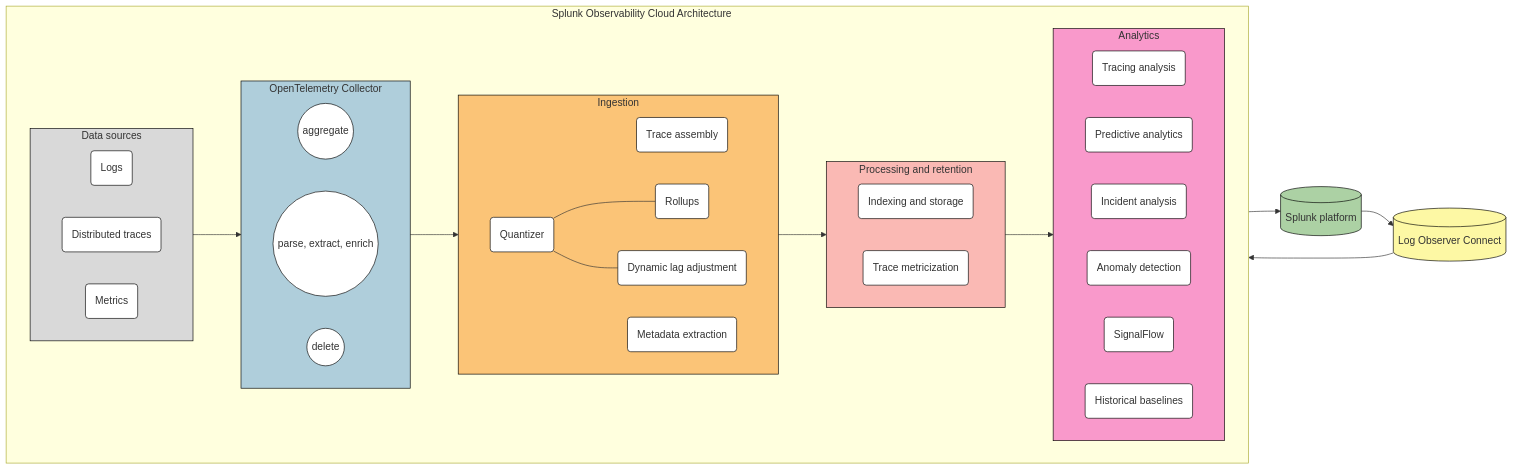
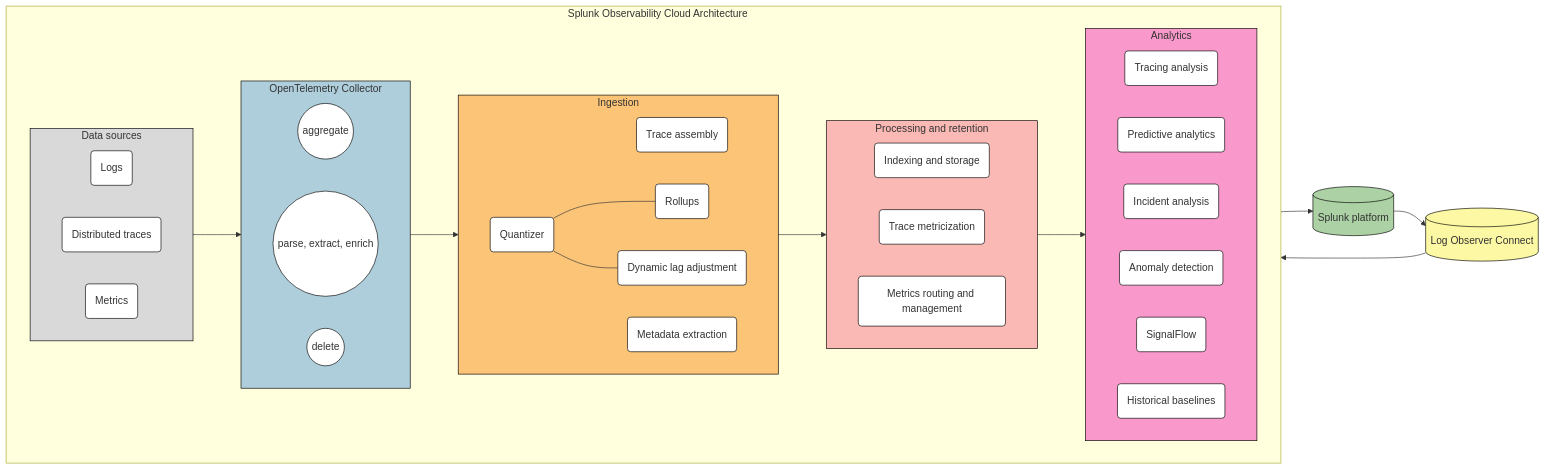
One commit to splunk/public-o11y-docs changed the diagram in get-started/o11y-architecture.rst. Above: the diagram before and after it, drawn with Mermaid.

Commit message:
Add metrics for processing

```diff
--- a/get-started/o11y-architecture.rst
+++ b/get-started/o11y-architecture.rst
@@ -78,6 +78,7 @@
             direction LR 
             indexStorage(Indexing and storage)
             traceMetricization(Trace metricization)
+            metricsManagement(Metrics routing and management)
         end
 
         class analytics analyticsColor
```
